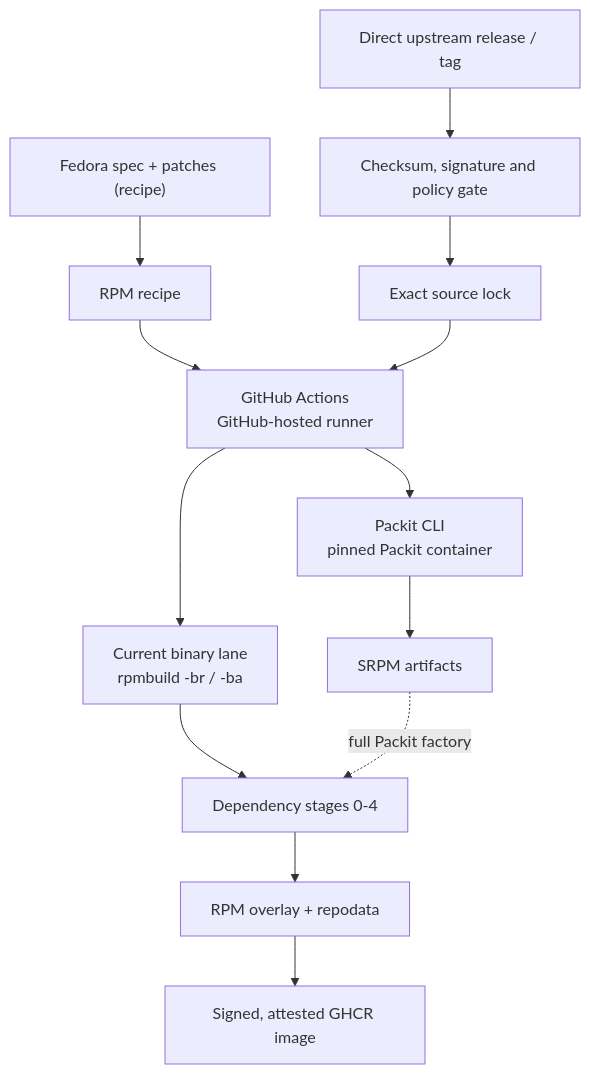
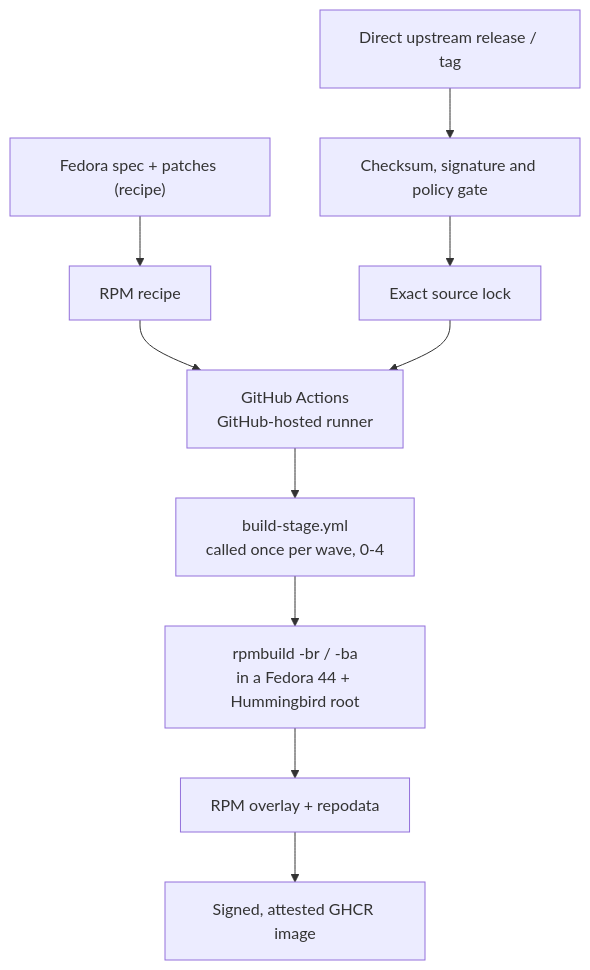
Before and after one commit to HuntedRaven7/utah-packages-1: the diagram in docs/architecture.md, drawn with Mermaid. The commit also changed other lines of this file and 5 other files, not shown here.

````diff
--- a/docs/architecture.md
+++ b/docs/architecture.md
@@ -3,15 +3,12 @@
 ```mermaid
 flowchart TD
   Fedora["Fedora spec + patches (recipe)"] --> Spec["RPM recipe"]
   Upstream["Direct upstream release / tag"] --> Verify["Checksum, signature and policy gate"]
   Verify --> Lock["Exact source lock"]
-  GHA["GitHub Actions\nGitHub-hosted runner"] --> Packit["Packit CLI\npinned Packit container"]
-  Spec --> GHA
+  Spec --> GHA["GitHub Actions\nGitHub-hosted runner"]
   Lock --> GHA
-  Packit --> SRPM["SRPM artifacts"]
-  GHA --> Binary["Current binary lane\nrpmbuild -br / -ba"]
-  Binary --> Stages["Dependency stages 0-4"]
-  Stages --> Repo["RPM overlay + repodata"]
-  SRPM -. full Packit factory .-> Stages
+  GHA --> Stages["build-stage.yml\ncalled once per wave, 0-4"]
+  Stages --> Binary["rpmbuild -br / -ba\nin a Fedora 44 + Hummingbird root"]
+  Binary --> Repo["RPM overlay + repodata"]
   Repo --> GHCR["Signed, attested GHCR image"]
 ```
````
